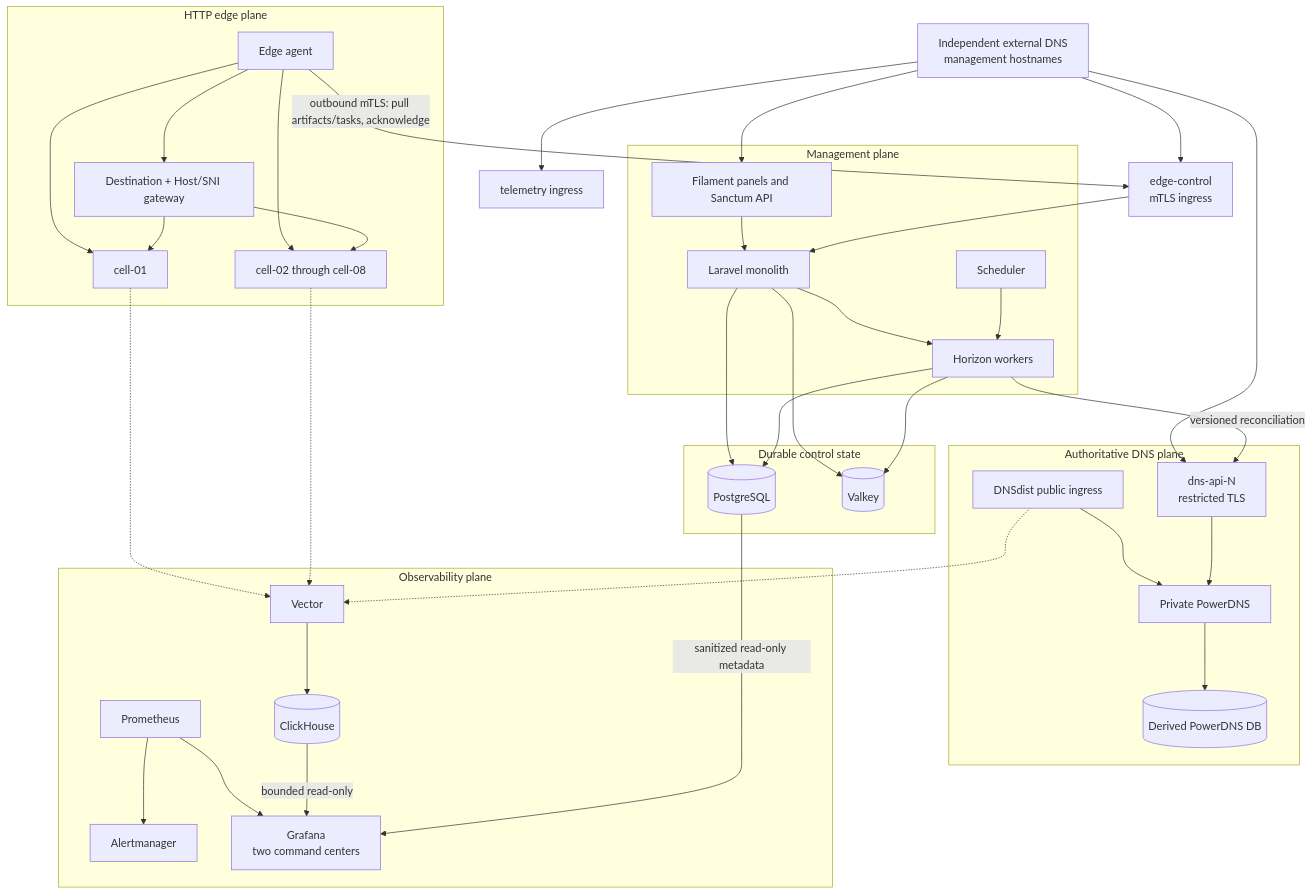
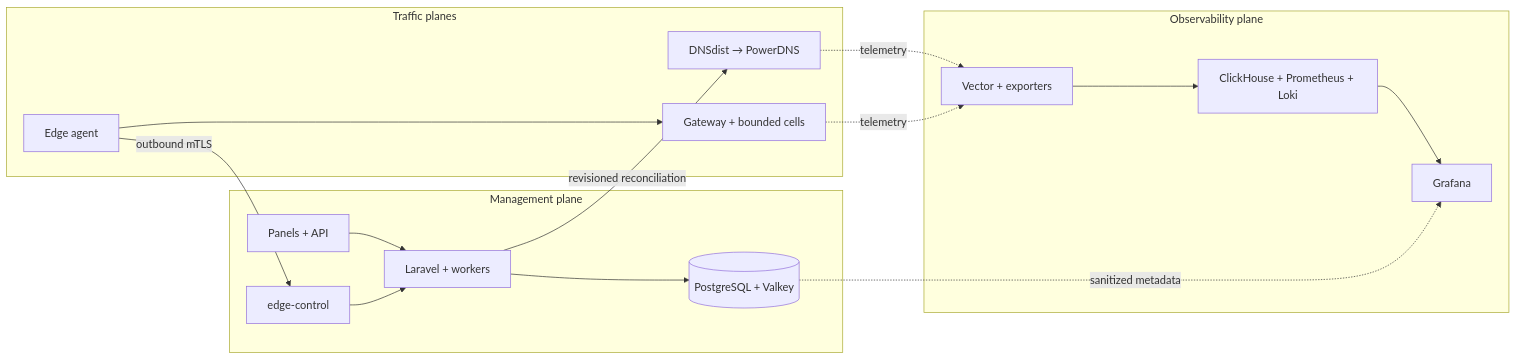
One commit to vaheed/CDNFoundry changed the diagram in docs/architecture/index.md. Above: the diagram before and after it, drawn with Mermaid. The commit also changed 24 other files, not shown here.

````diff
--- a/docs/architecture/index.md
+++ b/docs/architecture/index.md
@@ -13,45 +13,24 @@
 ```mermaid
-flowchart TB
-    ExternalDNS["Independent external DNS<br/>management hostnames"] --> UI
-    ExternalDNS --> EdgeControl["edge-control<br/>mTLS ingress"]
-    ExternalDNS --> DNSAPI["dns-api-N<br/>restricted TLS"]
-    ExternalDNS --> TelemetryIngress["telemetry ingress"]
+flowchart LR
     subgraph Management["Management plane"]
-      UI["Filament panels and Sanctum API"] --> Laravel["Laravel monolith"]
-      Laravel --> Horizon["Horizon workers"]
-      Scheduler["Scheduler"] --> Horizon
+      UI["Panels + API"] --> App["Laravel + workers"]
+      App --> State[("PostgreSQL + Valkey")]
+      EdgeControl["edge-control"] --> App
     end
-    subgraph Durable["Durable control state"]
-      PG[("PostgreSQL")]
-      Valkey[("Valkey")]
+
+    subgraph Runtime["Traffic planes"]
+      DNS["DNSdist → PowerDNS"]
+      Agent["Edge agent"] --> Edge["Gateway + bounded cells"]
     end
-    subgraph DNS["Authoritative DNS plane"]
-      DNSdist["DNSdist public ingress"] --> PowerDNS["Private PowerDNS"]
-      PowerDNS --> PDNSDB[("Derived PowerDNS DB")]
-      DNSAPI --> PowerDNS
+
+    subgraph Operations["Observability plane"]
+      Collect["Vector + exporters"] --> Stores["ClickHouse + Prometheus + Loki"]
+      Stores --> Grafana["Grafana"]
     end
-    subgraph Edge["HTTP edge plane"]
-      Agent["Edge agent"] --> Gateway["Destination + Host/SNI gateway"]
-      Agent --> Cell1["cell-01"]
-      Agent --> Cell2["cell-02 through cell-08"]
-      Gateway --> Cell1
-      Gateway --> Cell2
-    end
-    subgraph Observe["Observability plane"]
-      Vector["Vector"] --> ClickHouse[("ClickHouse")]
-      Prometheus["Prometheus"] --> Alertmanager["Alertmanager"]
-      Prometheus --> Grafana["Grafana<br/>two command centers"]
-      ClickHouse -->|"bounded read-only"| Grafana
-    end
-    Laravel --> PG
-    Horizon --> PG
-    Laravel --> Valkey
-    Horizon --> Valkey
-    PG -->|"sanitized read-only metadata"| Grafana
-    Horizon -->|"versioned reconciliation"| DNSAPI
-    Agent -->|"outbound mTLS: pull artifacts/tasks, acknowledge"| EdgeControl
-    EdgeControl --> Laravel
-    DNSdist -.-> Vector
-    Cell1 -.-> Vector
-    Cell2 -.-> Vector
+
+    Agent -->|"outbound mTLS"| EdgeControl
+    App -->|"revisioned reconciliation"| DNS
+    DNS -. "telemetry" .-> Collect
+    Edge -. "telemetry" .-> Collect
+    State -. "sanitized metadata" .-> Grafana
 ```
````
